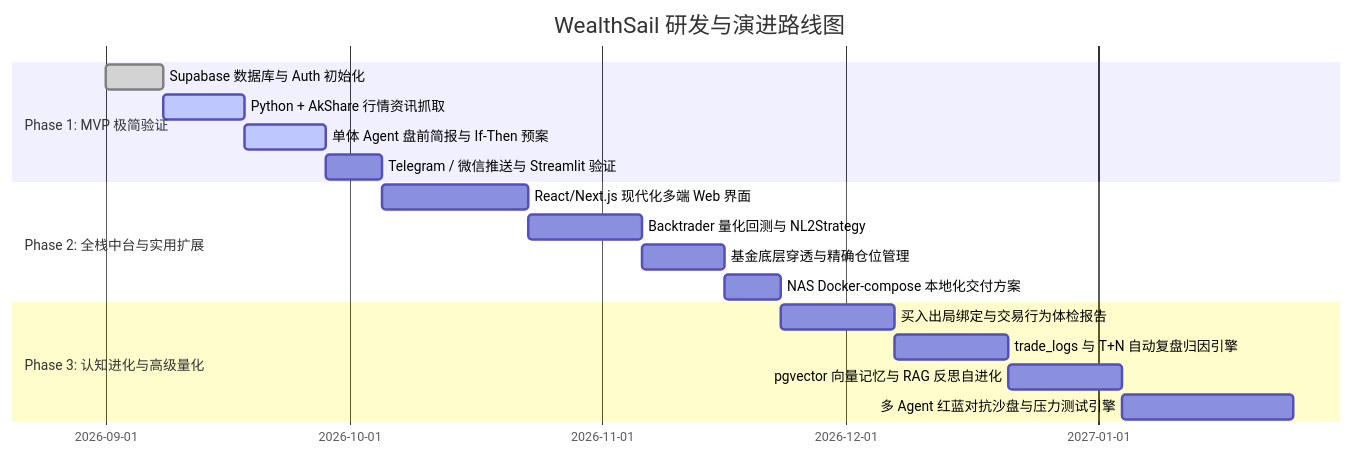
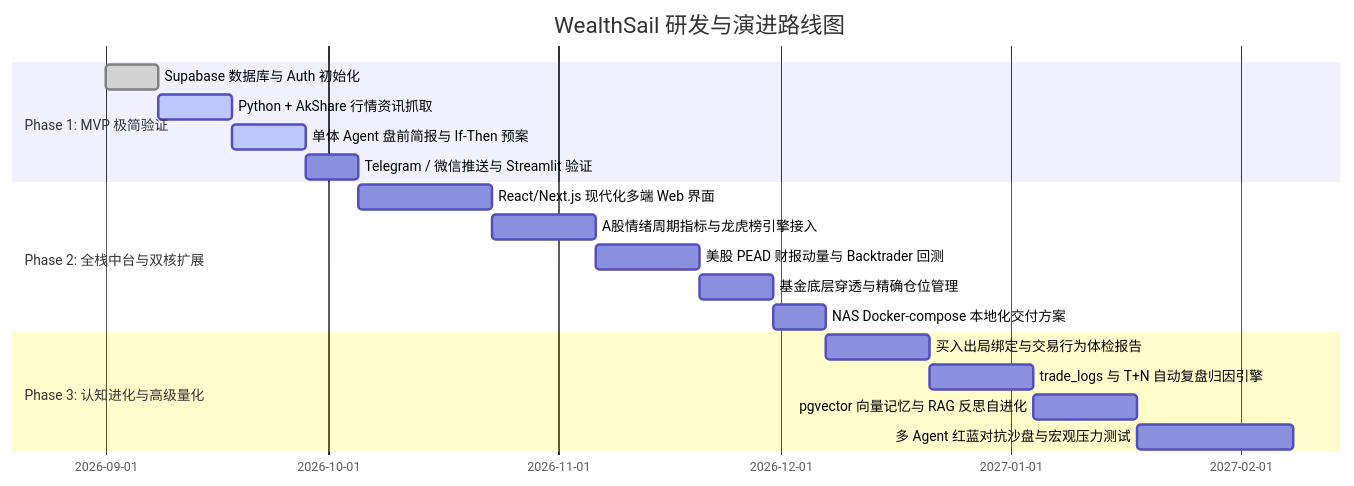
Before and after one commit to sinojelly/wealthsail: the sixth of 6 diagrams in docs/01.WealthSail投研平台需求文档.md, drawn with Mermaid. The commit also changed other lines of this file, not shown here.

````diff
--- a/docs/01.WealthSail投研平台需求文档.md
+++ b/docs/01.WealthSail投研平台需求文档.md
@@ -555,22 +689,23 @@
 ```mermaid
 gantt
     title WealthSail 研发与演进路线图
     dateFormat  YYYY-MM-DD
     section Phase 1: MVP 极简验证
     Supabase 数据库与 Auth 初始化          :done, 2026-09-01, 7d
     Python + AkShare 行情资讯抓取         :active, 2026-09-08, 10d
     单体 Agent 盘前简报与 If-Then 预案     :active, 2026-09-18, 10d
     Telegram / 微信推送与 Streamlit 验证   :2026-09-28, 7d
     
-    section Phase 2: 全栈中台与实用扩展
+    section Phase 2: 全栈中台与双核扩展
     React/Next.js 现代化多端 Web 界面     :2026-10-05, 18d
-    Backtrader 量化回测与 NL2Strategy     :2026-10-23, 14d
-    基金底层穿透与精确仓位管理            :2026-11-06, 10d
-    NAS Docker-compose 本地化交付方案     :2026-11-16, 7d
+    A股情绪周期指标与龙虎榜引擎接入       :2026-10-23, 14d
+    美股 PEAD 财报动量与 Backtrader 回测  :2026-11-06, 14d
+    基金底层穿透与精确仓位管理            :2026-11-20, 10d
+    NAS Docker-compose 本地化交付方案     :2026-11-30, 7d
     
     section Phase 3: 认知进化与高级量化
-    买入出局绑定与交易行为体检报告        :2026-11-23, 14d
-    trade_logs 与 T+N 自动复盘归因引擎    :2026-12-07, 14d
-    pgvector 向量记忆与 RAG 反思自进化    :2026-12-21, 14d
-    多 Agent 红蓝对抗沙盘与压力测试引擎   :2027-01-04, 21d
+    买入出局绑定与交易行为体检报告        :2026-12-07, 14d
+    trade_logs 与 T+N 自动复盘归因引擎    :2026-12-21, 14d
+    pgvector 向量记忆与 RAG 反思自进化    :2027-01-04, 14d
+    多 Agent 红蓝对抗沙盘与宏观压力测试   :2027-01-18, 21d
 ```
````
